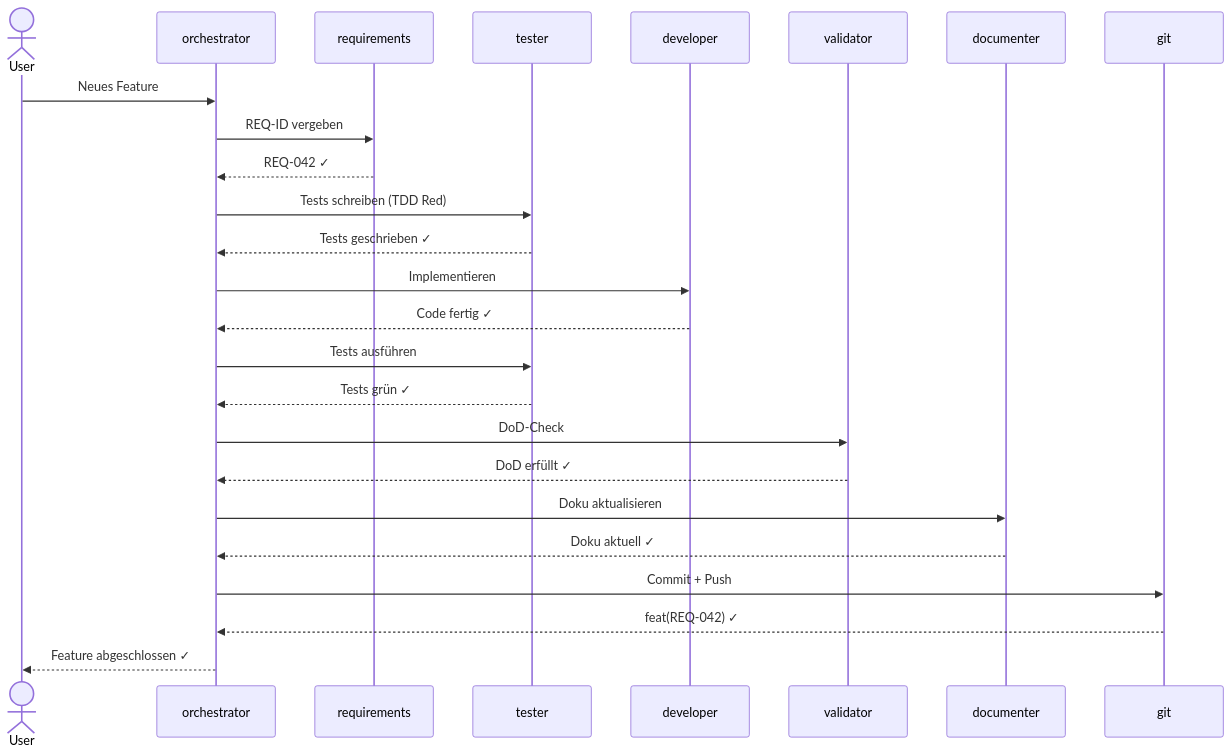
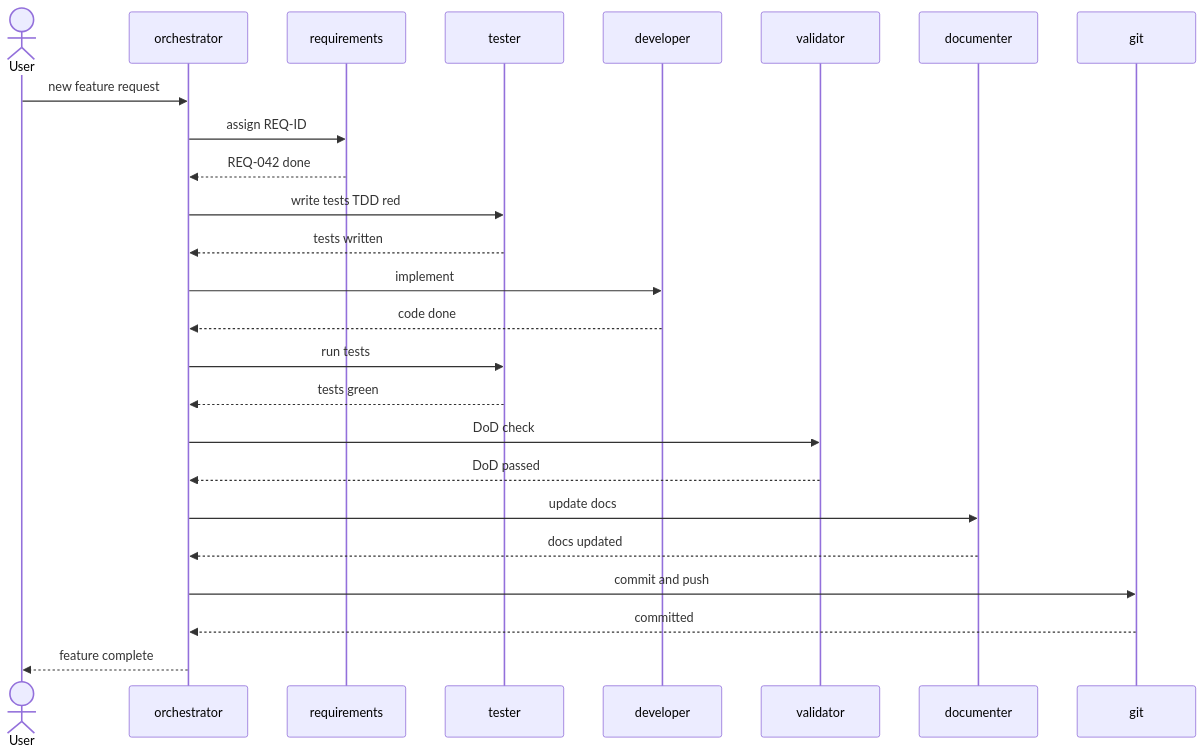
The diagram in docs/architecture/04-dev-workflow.md (Popoboxxo/agent-meta), drawn with Mermaid before and after one commit. The commit also changed other lines of this file and 5 other files, not shown here.

First line of the commit message:
docs: fix mermaid syntax for GitHub compatibility

````diff
--- a/docs/architecture/04-dev-workflow.md
+++ b/docs/architecture/04-dev-workflow.md
@@ -5,28 +5,28 @@
 ```mermaid
 sequenceDiagram
     actor User
     participant ORC as orchestrator
     participant REQ as requirements
     participant TST as tester
     participant DEV as developer
     participant VAL as validator
     participant DOC as documenter
     participant GIT as git
 
-    User->>ORC: Neues Feature
-    ORC->>REQ: REQ-ID vergeben
-    REQ-->>ORC: REQ-042 ✓
-    ORC->>TST: Tests schreiben (TDD Red)
-    TST-->>ORC: Tests geschrieben ✓
-    ORC->>DEV: Implementieren
-    DEV-->>ORC: Code fertig ✓
-    ORC->>TST: Tests ausführen
-    TST-->>ORC: Tests grün ✓
-    ORC->>VAL: DoD-Check
-    VAL-->>ORC: DoD erfüllt ✓
-    ORC->>DOC: Doku aktualisieren
-    DOC-->>ORC: Doku aktuell ✓
-    ORC->>GIT: Commit + Push
-    GIT-->>ORC: feat(REQ-042) ✓
-    ORC-->>User: Feature abgeschlossen ✓
+    User->>ORC: new feature request
+    ORC->>REQ: assign REQ-ID
+    REQ-->>ORC: REQ-042 done
+    ORC->>TST: write tests TDD red
+    TST-->>ORC: tests written
+    ORC->>DEV: implement
+    DEV-->>ORC: code done
+    ORC->>TST: run tests
+    TST-->>ORC: tests green
+    ORC->>VAL: DoD check
+    VAL-->>ORC: DoD passed
+    ORC->>DOC: update docs
+    DOC-->>ORC: docs updated
+    ORC->>GIT: commit and push
+    GIT-->>ORC: committed
+    ORC-->>User: feature complete
 ```
````
